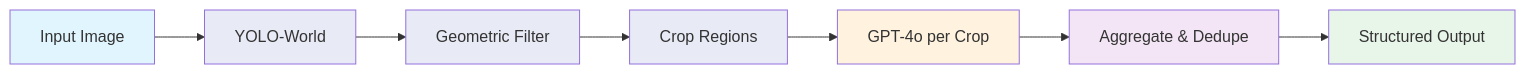
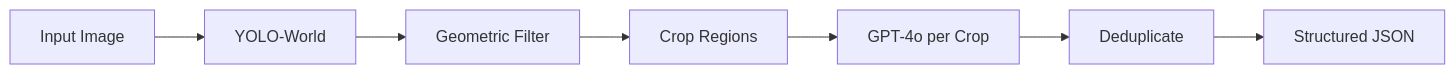
One commit to omorros/SnapShelf changed the third of 6 diagrams in research/02-pipeline-comparison/README.md. Above: the diagram before and after it, drawn with Mermaid. The commit also changed other lines of this file, not shown here.

Commit message:
formated diagrams and improved readme readibility

````diff
--- a/research/02-pipeline-comparison/README.md
+++ b/research/02-pipeline-comparison/README.md
@@ -96,17 +82,9 @@
 ```mermaid
 flowchart LR
     A[Input Image] --> B[YOLO-World]
     B --> C[Geometric Filter]
     C --> D[Crop Regions]
     D --> E[GPT-4o per Crop]
-    E --> F[Aggregate & Dedupe]
-    F --> G[Structured Output]
-
-    style A fill:#e1f5fe
-    style B fill:#e8eaf6
-    style C fill:#e8eaf6
-    style D fill:#e8eaf6
-    style E fill:#fff3e0
-    style F fill:#f3e5f5
-    style G fill:#e8f5e9
+    E --> F[Deduplicate]
+    F --> G[Structured JSON]
 ```
````
